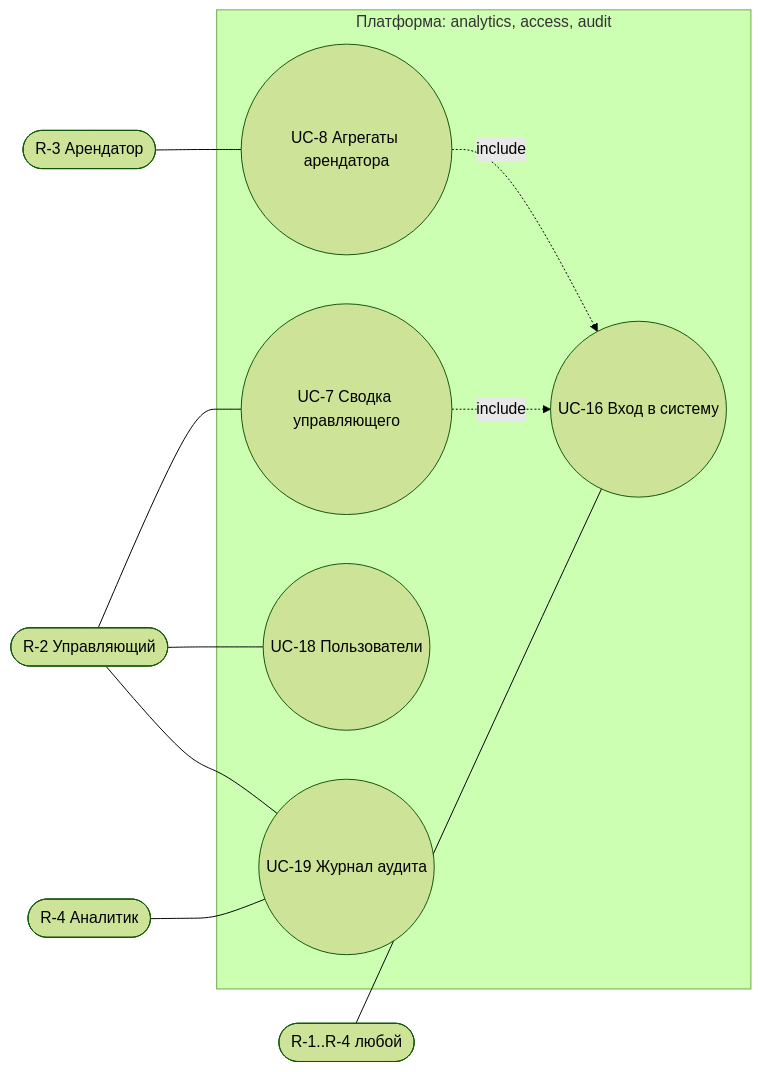
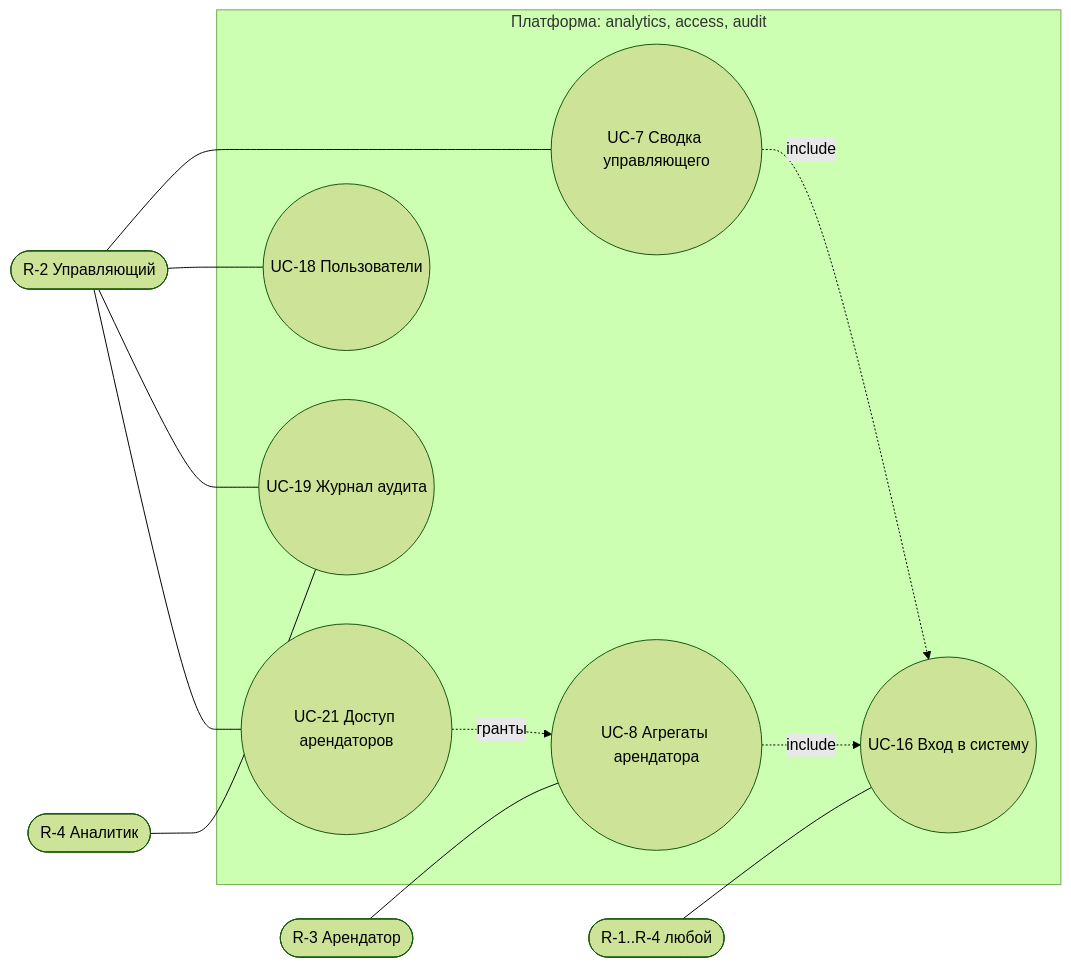
One commit to MangriMen/UCRP changed the third of 3 diagrams in docs/requirements/03-use-cases.md. Above: the diagram before and after it, drawn with Mermaid (forest theme). The commit also changed other lines of this file and 10 other files, not shown here.

````diff
--- a/docs/requirements/03-use-cases.md
+++ b/docs/requirements/03-use-cases.md
@@ -69,22 +69,25 @@
 ```mermaid
 flowchart LR
   R2(["R-2 Управляющий"])
   R3(["R-3 Арендатор"])
   R4(["R-4 Аналитик"])
   RA(["R-1..R-4 любой"])
   subgraph P["Платформа: analytics, access, audit"]
     UC7(("UC-7 Сводка управляющего"))
     UC8(("UC-8 Агрегаты арендатора"))
     UC16(("UC-16 Вход в систему"))
     UC18(("UC-18 Пользователи"))
     UC19(("UC-19 Журнал аудита"))
+    UC21(("UC-21 Доступ арендаторов"))
   end
   R2 --- UC7
   R2 --- UC18
   R2 --- UC19
+  R2 --- UC21
+  UC21 -.->|гранты| UC8
   R3 --- UC8
   R4 --- UC19
   RA --- UC16
   UC7 -.->|include| UC16
   UC8 -.->|include| UC16
 ```
````
